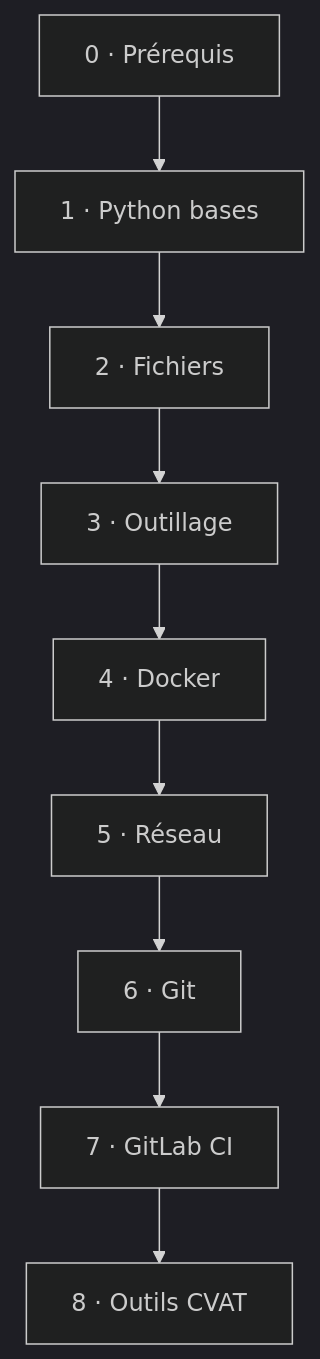
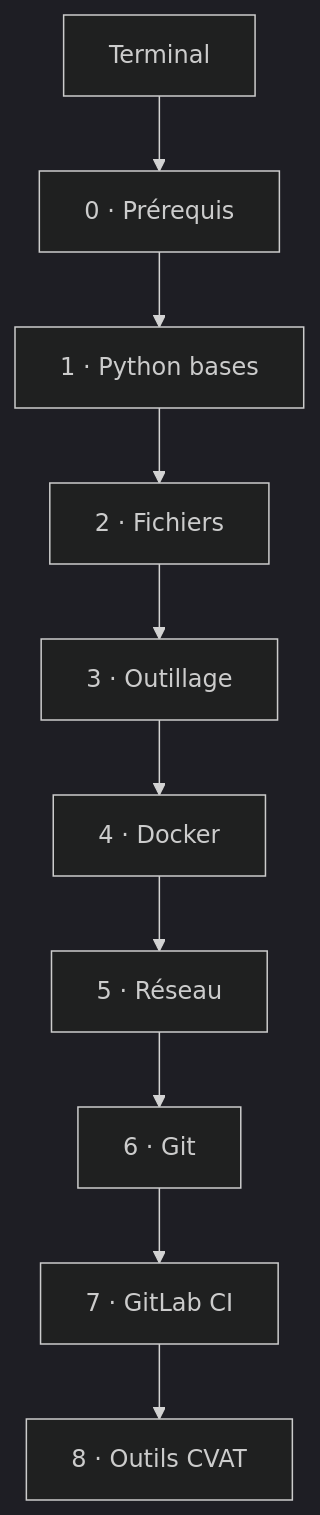
One commit to galsen-76/Informatique- changed the diagram in 01 — Parcours/Parcours - Python, Docker et CI.md. Above: the diagram before and after it, drawn with Mermaid (dark theme). The commit also changed other lines of this file and 29 other files, not shown here.

````diff
--- a/01 — Parcours/Parcours - Python, Docker et CI.md
+++ b/01 — Parcours/Parcours - Python, Docker et CI.md
@@ -10,11 +10,12 @@
 ```mermaid
 flowchart TD
-  E0[0 · Prérequis] --> E1[1 · Python bases]
+  T[Terminal] --> E0[0 · Prérequis]
+  E0 --> E1[1 · Python bases]
   E1 --> E2[2 · Fichiers]
   E2 --> E3[3 · Outillage]
   E3 --> E4[4 · Docker]
   E4 --> E5[5 · Réseau]
   E5 --> E6[6 · Git]
   E6 --> E7[7 · GitLab CI]
   E7 --> E8[8 · Outils CVAT]
 ```
````
